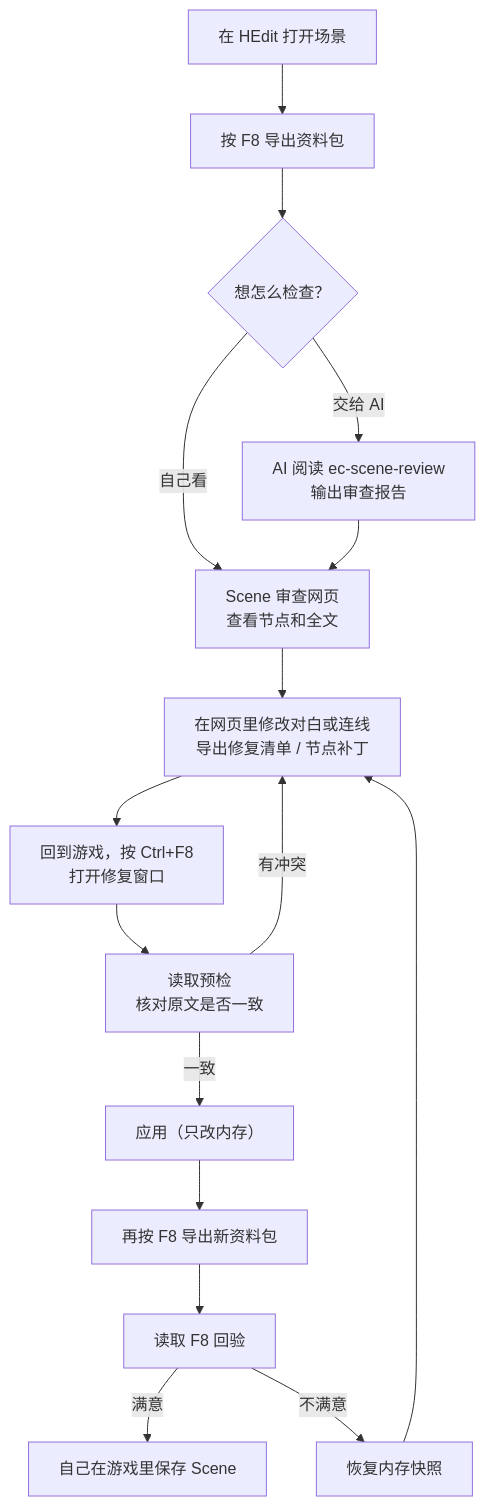
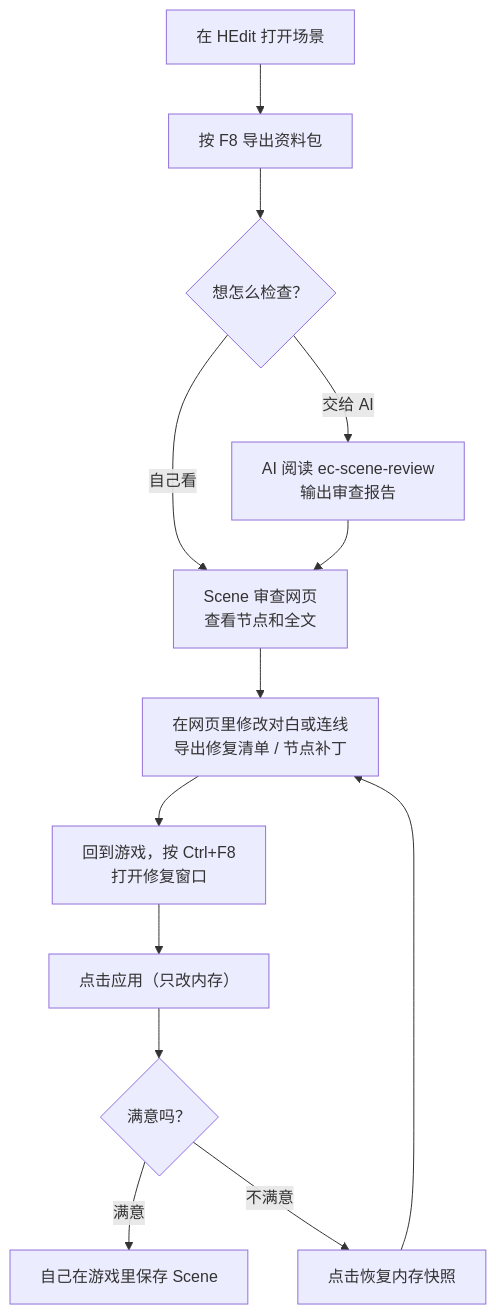
The first of 2 diagrams in EC_SceneAudit/Readme-claude-opus-5.5.md (invatespec/EmotionCreators-plugins), drawn with Mermaid before and after one commit. The commit also changed other lines of this file and 45 other files, not shown here.

````diff
--- a/EC_SceneAudit/Readme-claude-opus-5.5.md
+++ b/EC_SceneAudit/Readme-claude-opus-5.5.md
@@ -15,18 +15,15 @@
 ```mermaid
 flowchart TD
     A["在 HEdit 打开场景"] --> B["按 F8 导出资料包"]
     B --> C{"想怎么检查？"}
     C -->|交给 AI| D["AI 阅读 ec-scene-review<br/>输出审查报告"]
     C -->|自己看| E["Scene 审查网页<br/>查看节点和全文"]
     D --> E
     E --> F["在网页里修改对白或连线<br/>导出修复清单 / 节点补丁"]
     F --> G["回到游戏，按 Ctrl+F8<br/>打开修复窗口"]
-    G --> H["读取预检<br/>核对原文是否一致"]
-    H -->|有冲突| F
-    H -->|一致| I["应用（只改内存）"]
-    I --> J["再按 F8 导出新资料包"]
-    J --> K["读取 F8 回验"]
-    K -->|满意| L["自己在游戏里保存 Scene"]
-    K -->|不满意| M["恢复内存快照"]
-    M --> F
+    G --> H["点击应用（只改内存）"]
+    H --> I{"满意吗？"}
+    I -->|满意| J["自己在游戏里保存 Scene"]
+    I -->|不满意| K["点击恢复内存快照"]
+    K --> F
 ```
````
